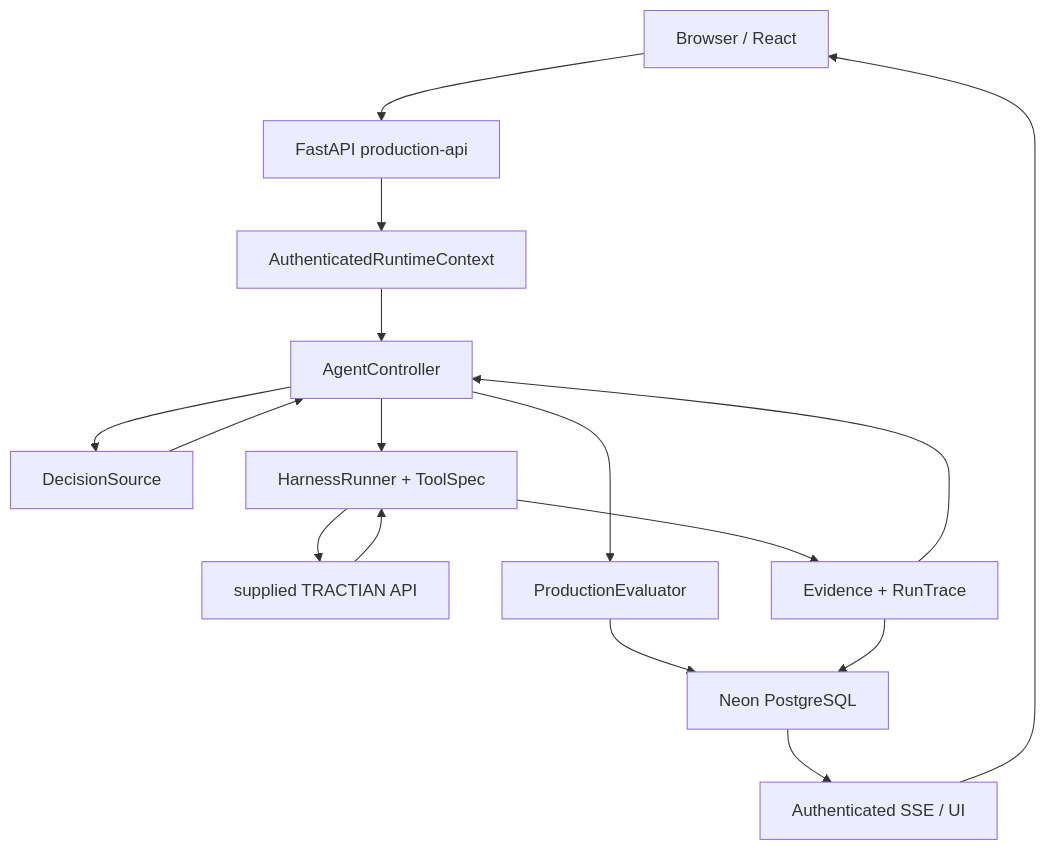
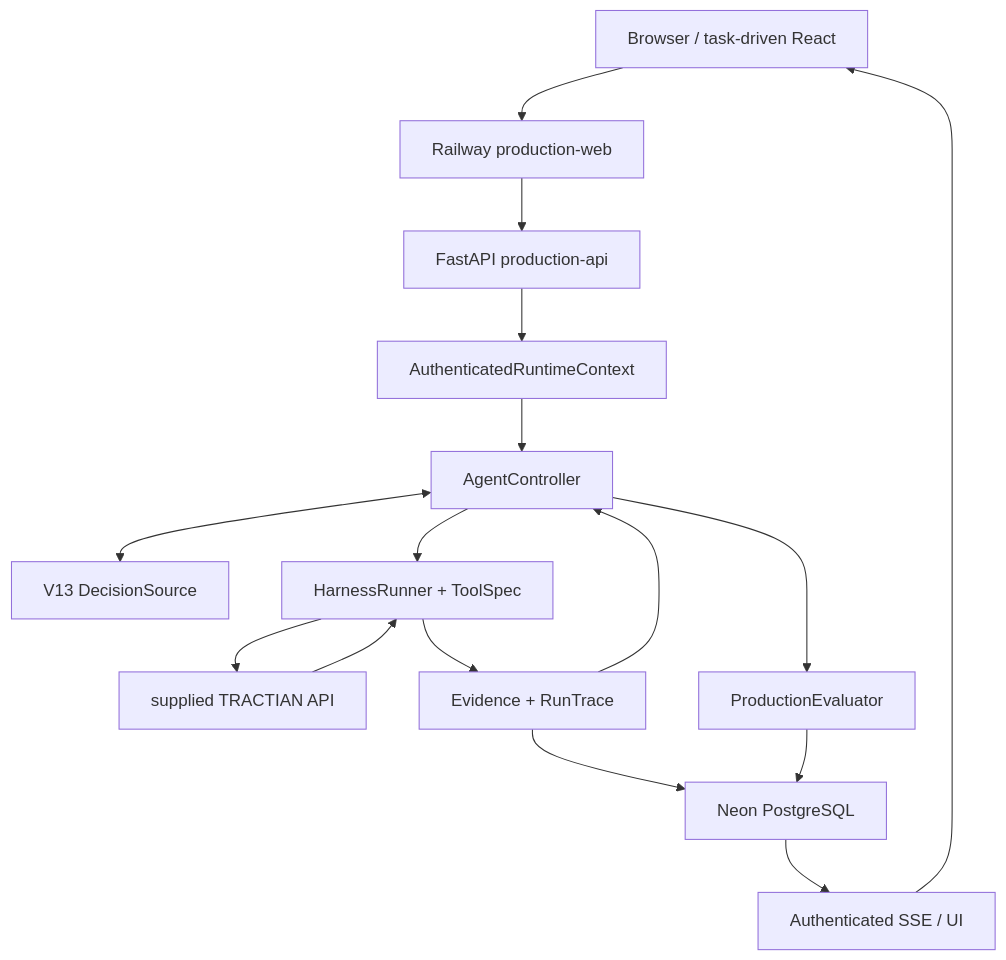
The first of 12 diagrams in docs/presentation/ARCHITECTURE-OVERLAYS.md (pablo-marchina/academy-tractian), drawn with Mermaid before and after one commit. The commit also changed other lines of this file and 5 other files, not shown here.

Commit message:
docs: update technical presentation for task-driven V13 product

````diff
--- a/docs/presentation/ARCHITECTURE-OVERLAYS.md
+++ b/docs/presentation/ARCHITECTURE-OVERLAYS.md
@@ -11,30 +7,22 @@
 ```mermaid
 flowchart TB
-    B[Browser / React]
+    B[Browser / task-driven React]
+    W[Railway production-web]
     API[FastAPI production-api]
     CTX[AuthenticatedRuntimeContext]
+    V13[V13 DecisionSource]
     AC[AgentController]
-    DS[DecisionSource]
     HR[HarnessRunner + ToolSpec]
     TR[supplied TRACTIAN API]
     EV[Evidence + RunTrace]
     PE[ProductionEvaluator]
     DB[Neon PostgreSQL]
     SSE[Authenticated SSE / UI]
 
-    B --> API
-    API --> CTX
-    CTX --> AC
-    AC --> DS
-    DS --> AC
-    AC --> HR
-    HR --> TR
-    TR --> HR
-    HR --> EV
-    EV --> AC
-    AC --> PE
-    PE --> DB
+    B --> W --> API --> CTX --> AC
+    AC <--> V13
+    AC --> HR --> TR --> HR --> EV --> AC
     EV --> DB
-    DB --> SSE
-    SSE --> B
+    AC --> PE --> DB
+    DB --> SSE --> B
 ```
````
